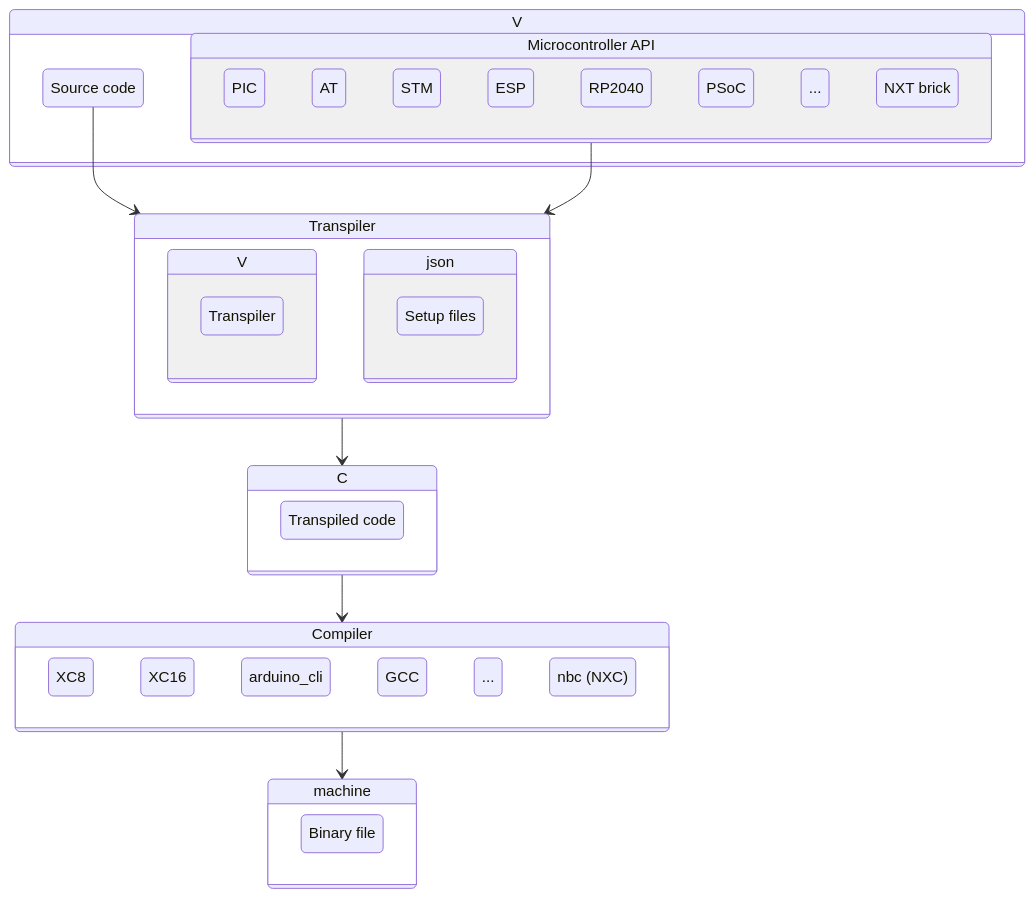
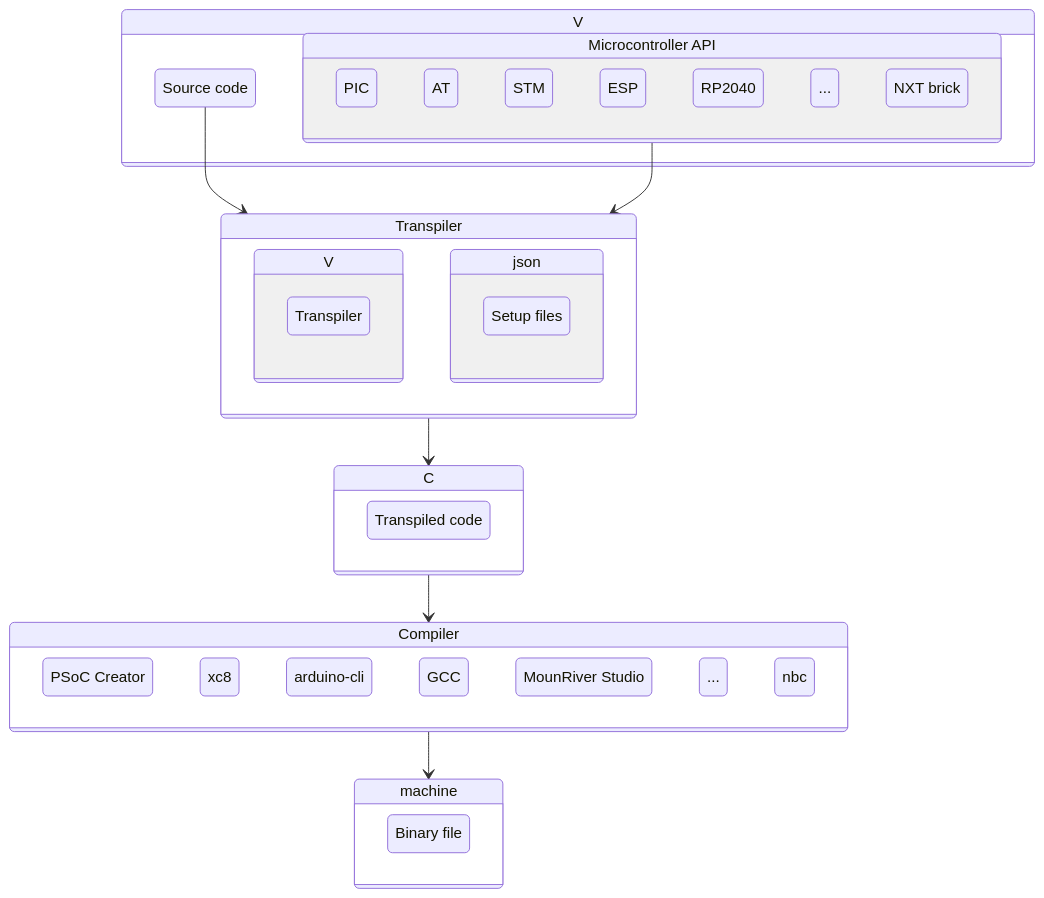
One commit to fermarsan/aixt changed the diagram in README.md. Above: the diagram before and after it, drawn with Mermaid. The commit also changed 1 other file, not shown here.

Commit message:
update main diagram

````diff
--- a/README.md
+++ b/README.md
@@ -14,57 +14,58 @@
 ```mermaid
 stateDiagram-v2
 
     Aixt: V
     state Aixt {
         source: Source code
 
         API: Microcontroller API
         state API {
             PICs: PIC
             ATM: AT
             STM
             ESP
             RP2040
             PSoC
             others2: ...
             NXT: NXT brick
         }
     }
 
 
 
     Aixt2C: Transpiler
     state Aixt2C {
         state V {
             Transpiler: Transpiler
         }
 
         state json {
             setup: Setup files
         }
     }
 
     C: C
     state C {
         Tr_Code: Transpiled code
     }
 
     state Compiler {
-        XC8
-        XC16
-        arduino_cli
+        xc8
+        arduino: arduino-cli
         GCC
+        PSoC: PSoC Creator
+        MounRiver: MounRiver Studio 
         others: ...
-        nbc: nbc (NXC)
+        nbc
     }
 
     state machine {
         BF: Binary file
     }
 
     source --> Aixt2C
     API --> Aixt2C
     Aixt2C --> C
     C --> Compiler
     Compiler --> machine
 ```
````
